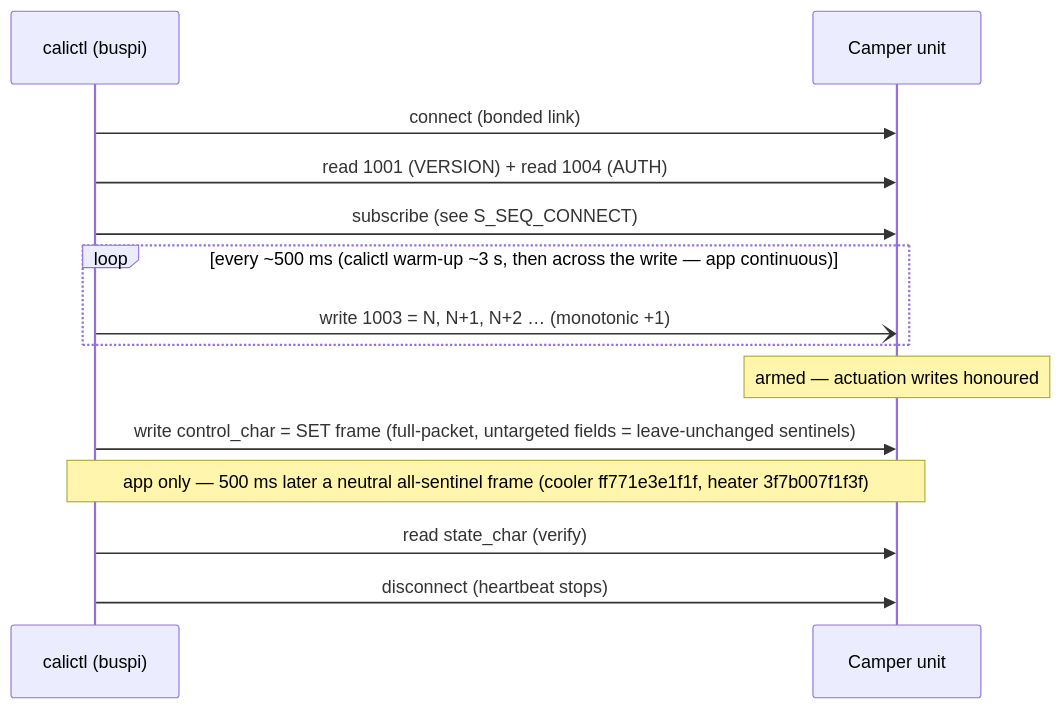
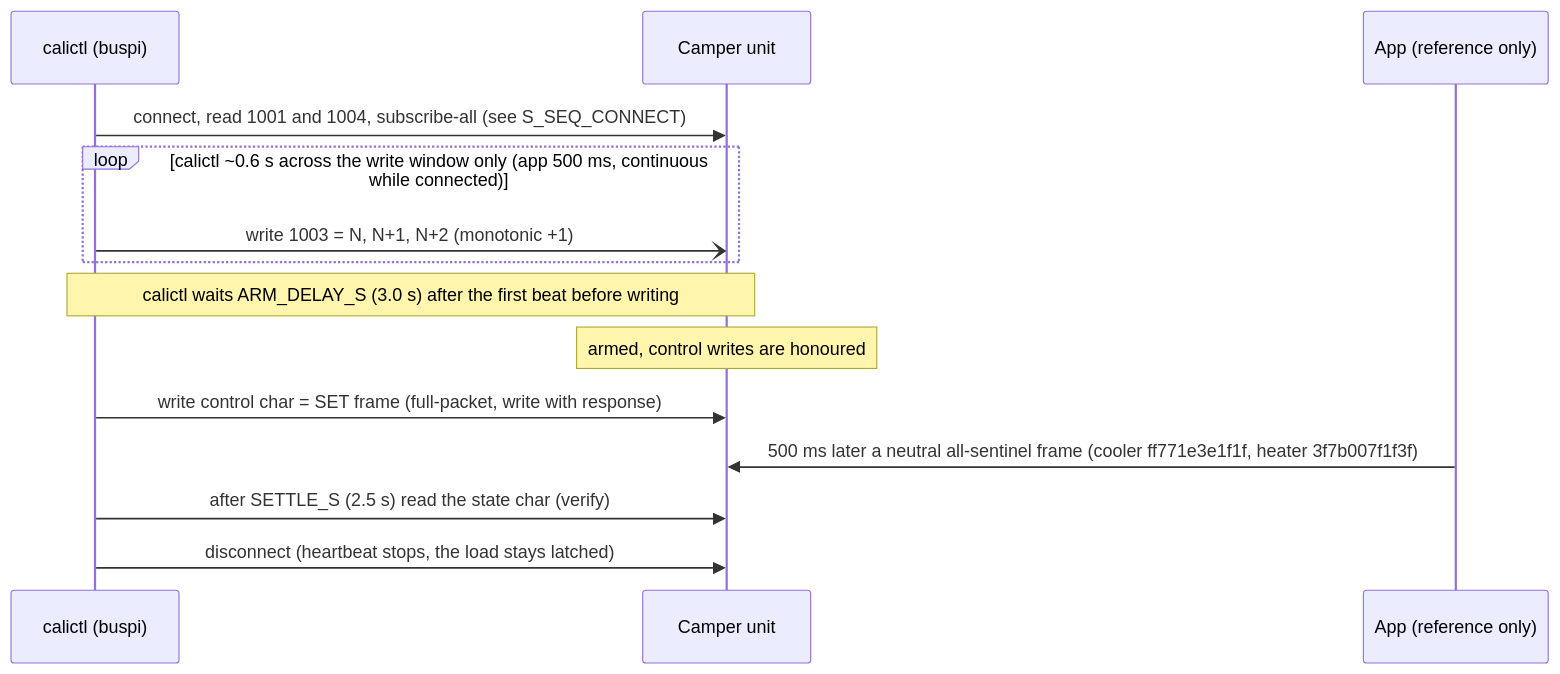
One commit to ckeller42/open-california changed the fifth of 10 diagrams in docs/protocol-sequences.rst. Above: the diagram before and after it, drawn with Mermaid. The commit also changed other lines of this file and 35 other files, not shown here.

First line of the commit message:
docs: fix stale docs; single-source protocol sequences, drop LikeC4; simulation & CI docs (#202)

```diff
--- a/docs/protocol-sequences.rst
+++ b/docs/protocol-sequences.rst
@@ -107,16 +420,16 @@
 .. mermaid::
 
     sequenceDiagram
         participant C as calictl (buspi)
         participant U as Camper unit
-        C->>U: connect (bonded link)
-        C->>U: read 1001 (VERSION) + read 1004 (AUTH)
-        C->>U: subscribe (see S_SEQ_CONNECT)
-        loop every ~500 ms (calictl warm-up ~3 s, then across the write — app continuous)
-            C-)U: write 1003 = N, N+1, N+2 …  (monotonic +1)
+        participant A as App (reference only)
+        C->>U: connect, read 1001 and 1004, subscribe-all (see S_SEQ_CONNECT)
+        loop calictl ~0.6 s across the write window only (app 500 ms, continuous while connected)
+            C-)U: write 1003 = N, N+1, N+2 (monotonic +1)
         end
-        Note over U: armed — actuation writes honoured
-        C->>U: write control_char = SET frame (full-packet, untargeted fields = leave-unchanged sentinels)
-        Note over C,U: app only — 500 ms later a neutral all-sentinel frame (cooler ff771e3e1f1f, heater 3f7b007f1f3f)
-        C->>U: read state_char (verify)
-        C->>U: disconnect (heartbeat stops)
+        Note over C,U: calictl waits ARM_DELAY_S (3.0 s) after the first beat before writing
+        Note over U: armed, control writes are honoured
+        C->>U: write control char = SET frame (full-packet, write with response)
+        A->>U: 500 ms later a neutral all-sentinel frame (cooler ff771e3e1f1f, heater 3f7b007f1f3f)
+        C->>U: after SETTLE_S (2.5 s) read the state char (verify)
+        C->>U: disconnect (heartbeat stops, the load stays latched)
```
